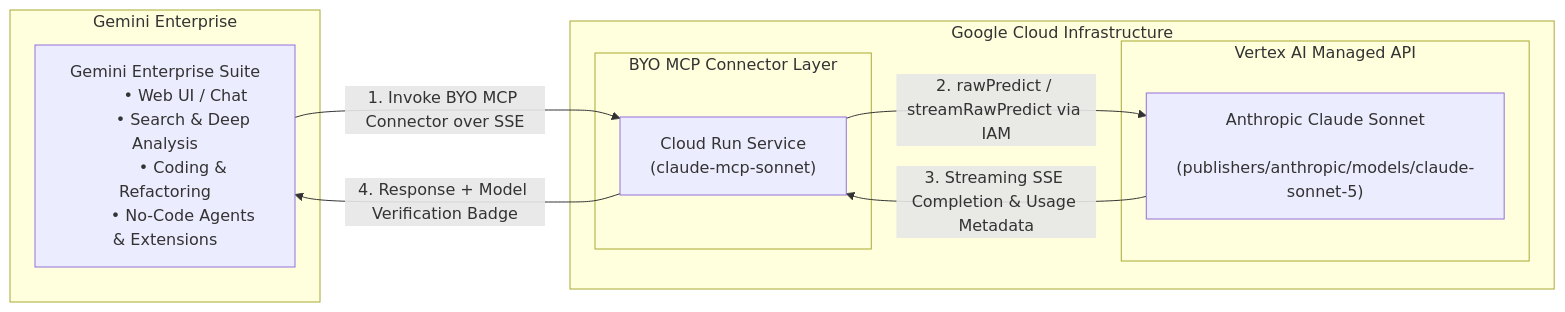
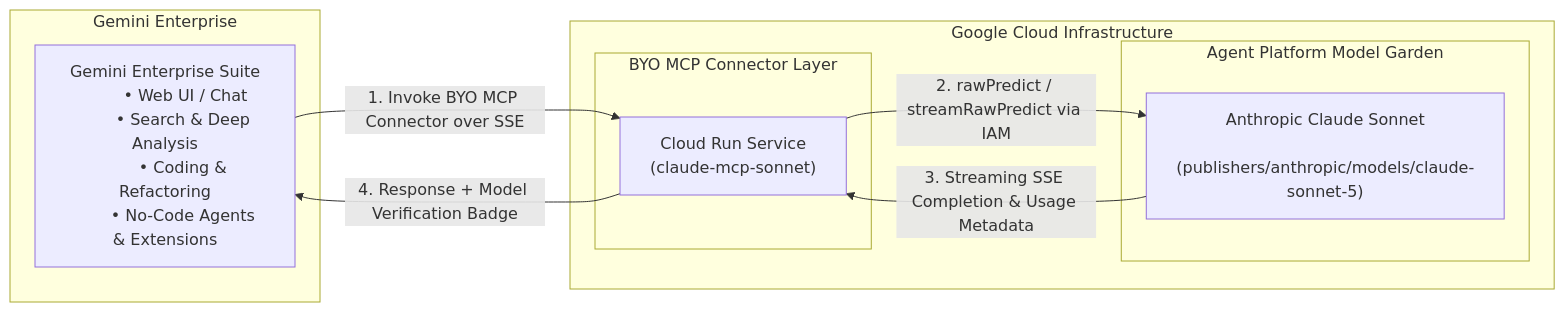
The diagram in projects/ge_mcp/claude_mcp_sonnet/README.md (peterfishergcp/gps-ai-hub), drawn with Mermaid before and after one commit. The commit also changed other lines of this file, not shown here.

Commit message:
docs: replace Vertex AI references with Gemini Enterprise Agent Platform Model Garden

````diff
--- a/projects/ge_mcp/claude_mcp_sonnet/README.md
+++ b/projects/ge_mcp/claude_mcp_sonnet/README.md
@@ -19,27 +19,27 @@
 ```mermaid
 flowchart LR
     subgraph GE["Gemini Enterprise"]
         GEBox["Gemini Enterprise Suite
         • Web UI / Chat
         • Search & Deep Analysis
         • Coding & Refactoring
         • No-Code Agents & Extensions"]
     end
 
     subgraph GCP["Google Cloud Infrastructure"]
         subgraph BYO["BYO MCP Connector Layer"]
             CloudRun["Cloud Run Service
             (claude-mcp-sonnet)"]
         end
 
-        subgraph Vertex["Vertex AI Managed API"]
-            VertexAI["Anthropic Claude Sonnet
+        subgraph ModelGarden["Agent Platform Model Garden"]
+            ClaudeModel["Anthropic Claude Sonnet
             (publishers/anthropic/models/claude-sonnet-5)"]
         end
     end
 
     GEBox -->|1. Invoke BYO MCP Connector over SSE| CloudRun
-    CloudRun -->|2. rawPredict / streamRawPredict via IAM| VertexAI
-    VertexAI -->|3. Streaming SSE Completion & Usage Metadata| CloudRun
+    CloudRun -->|2. rawPredict / streamRawPredict via IAM| ClaudeModel
+    ClaudeModel -->|3. Streaming SSE Completion & Usage Metadata| CloudRun
     CloudRun -->|4. Response + Model Verification Badge| GEBox
 ```
````
